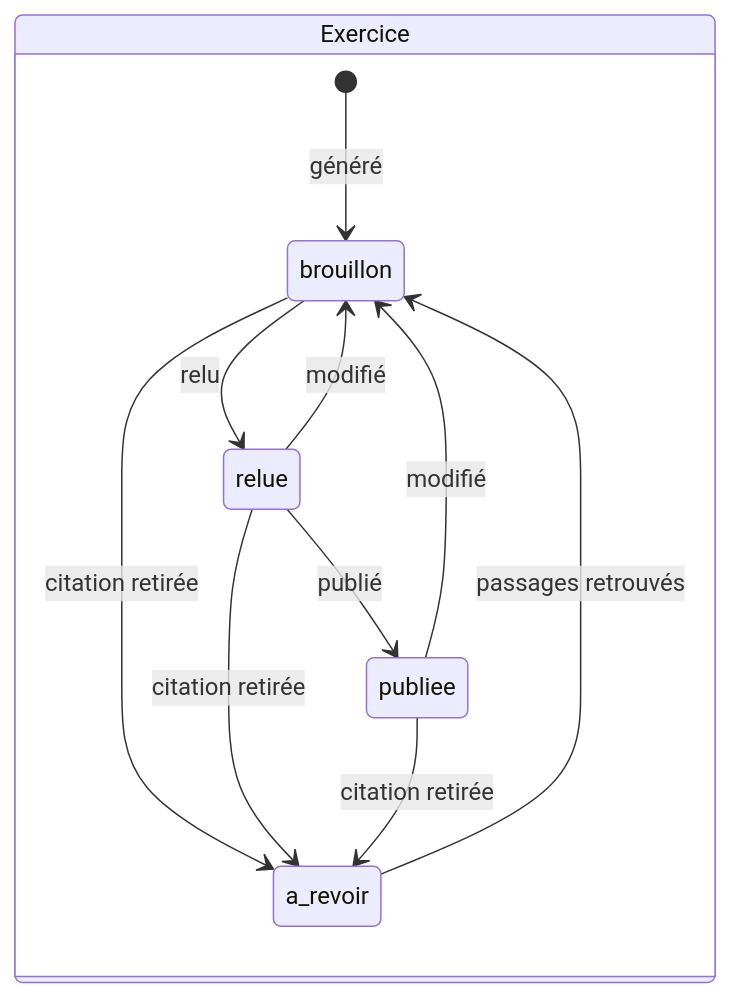
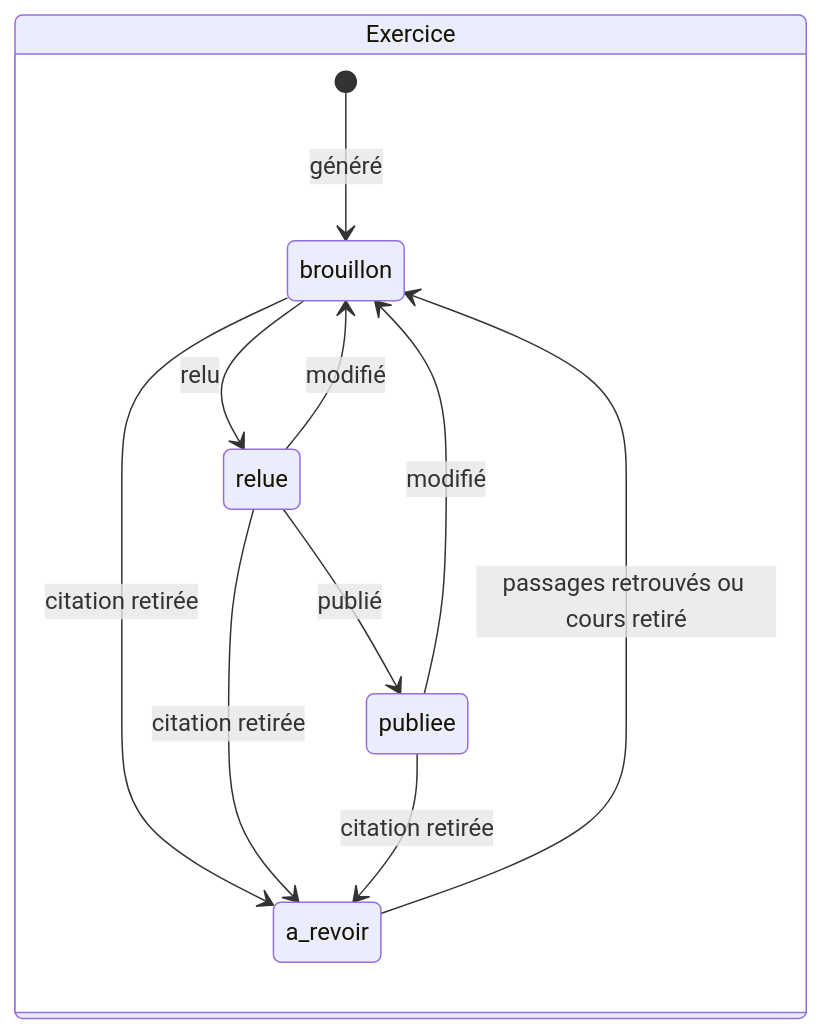
Before and after one commit to theopaolo/thot: the fifth of 7 diagrams in docs/architecture.md, drawn with Mermaid. The commit also changed other lines of this file and 37 other files, not shown here.

````diff
--- a/docs/architecture.md
+++ b/docs/architecture.md
@@ -505,15 +546,15 @@
 ```mermaid
 stateDiagram-v2
   direction LR
   state "Exercice" as Exercice {
     [*] --> brouillon: généré
     brouillon --> relue: relu
     relue --> publiee: publié
     relue --> brouillon: modifié
     publiee --> brouillon: modifié
     brouillon --> a_revoir: citation retirée
     relue --> a_revoir: citation retirée
     publiee --> a_revoir: citation retirée
-    a_revoir --> brouillon: passages retrouvés
+    a_revoir --> brouillon: passages retrouvés ou cours retiré
   }
 ```
````
